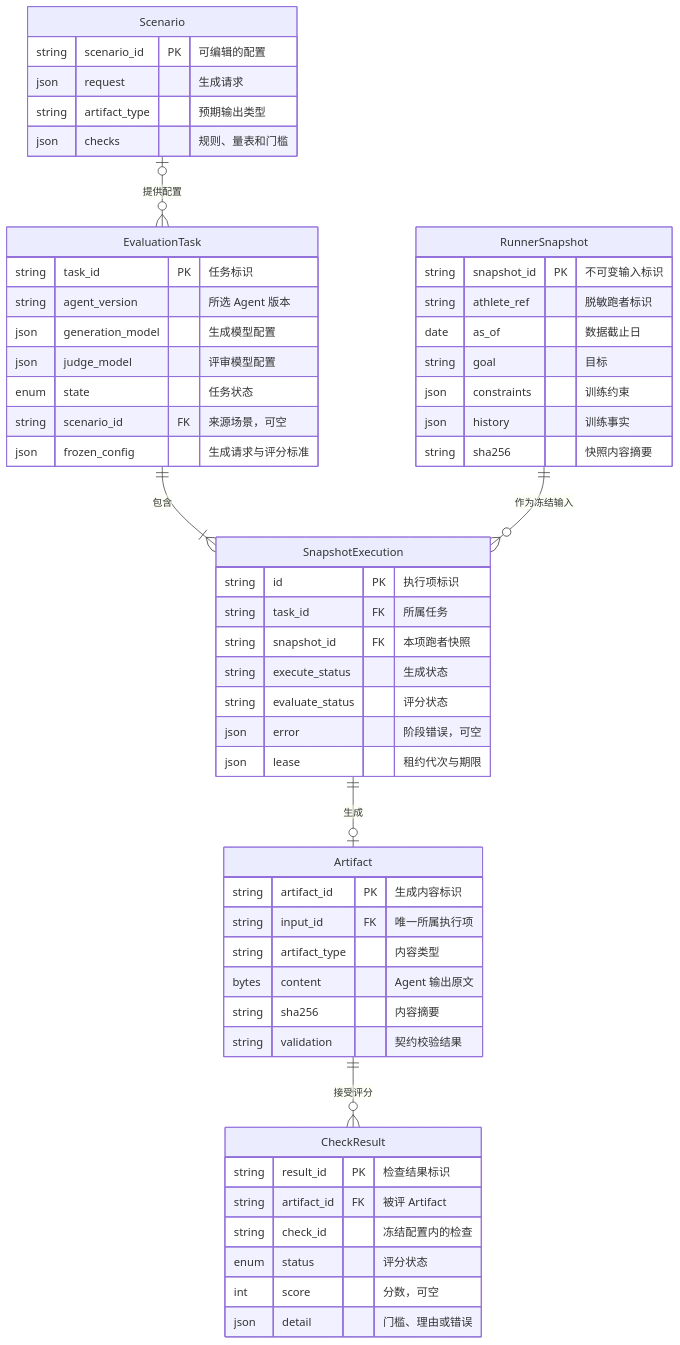
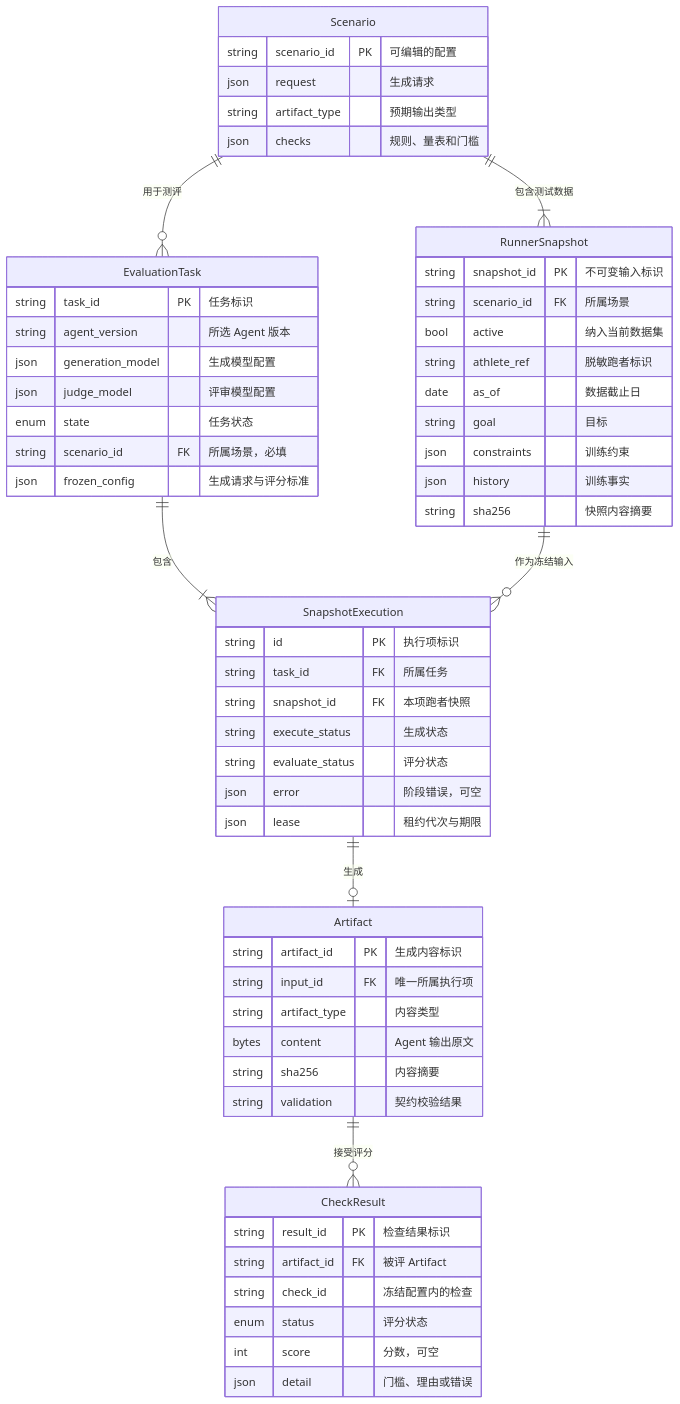
Before and after one commit to zhaochy1990/running: the second of 2 diagrams in docs/superpowers/specs/2026-11-23-offline-plan-eval.md, drawn with Mermaid. The commit also changed other lines of this file and 1 other file, not shown here.

Commit message:
docs: 将测试定义与跑者快照归入 Scenario

````diff
--- a/docs/superpowers/specs/2026-11-23-offline-plan-eval.md
+++ b/docs/superpowers/specs/2026-11-23-offline-plan-eval.md
@@ -216,57 +206,60 @@
 ```mermaid
 erDiagram
     Scenario {
         string scenario_id PK "可编辑的配置"
         json request "生成请求"
         string artifact_type "预期输出类型"
         json checks "规则、量表和门槛"
     }
     RunnerSnapshot {
         string snapshot_id PK "不可变输入标识"
+        string scenario_id FK "所属场景"
+        bool active "纳入当前数据集"
         string athlete_ref "脱敏跑者标识"
         date as_of "数据截止日"
         string goal "目标"
         json constraints "训练约束"
         json history "训练事实"
         string sha256 "快照内容摘要"
     }
     Artifact {
         string artifact_id PK "生成内容标识"
         string input_id FK "唯一所属执行项"
         string artifact_type "内容类型"
         bytes content "Agent 输出原文"
         string sha256 "内容摘要"
         string validation "契约校验结果"
     }
     SnapshotExecution {
         string id PK "执行项标识"
         string task_id FK "所属任务"
         string snapshot_id FK "本项跑者快照"
         string execute_status "生成状态"
         string evaluate_status "评分状态"
         json error "阶段错误，可空"
         json lease "租约代次与期限"
     }
     EvaluationTask {
         string task_id PK "任务标识"
         string agent_version "所选 Agent 版本"
         json generation_model "生成模型配置"
         json judge_model "评审模型配置"
         enum state "任务状态"
-        string scenario_id FK "来源场景，可空"
+        string scenario_id FK "所属场景，必填"
         json frozen_config "生成请求与评分标准"
     }
     CheckResult {
         string result_id PK "检查结果标识"
         string artifact_id FK "被评 Artifact"
         string check_id "冻结配置内的检查"
         enum status "评分状态"
         int score "分数，可空"
         json detail "门槛、理由或错误"
     }
     EvaluationTask ||--|{ SnapshotExecution : "包含"
     RunnerSnapshot ||--o{ SnapshotExecution : "作为冻结输入"
     SnapshotExecution ||--o| Artifact : "生成"
     Artifact ||--o{ CheckResult : "接受评分"
-    Scenario |o--o{ EvaluationTask : "提供配置"
+    Scenario ||--o{ EvaluationTask : "用于测评"
+    Scenario ||--|{ RunnerSnapshot : "包含测试数据"
 ```
````
